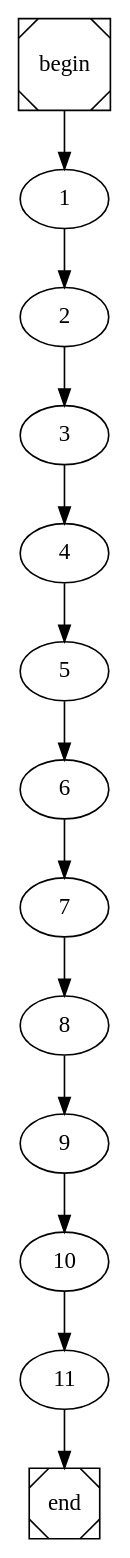
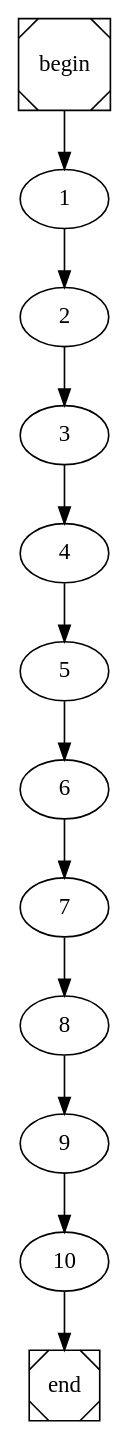
One commit to biam05/comp-feup changed the diagram in constInstr.dot. Above: the diagram before and after it, drawn with Graphviz. The commit also changed 6 other files, not shown here.

```diff
--- a/constInstr.dot
+++ b/constInstr.dot
@@ -1,4 +1,4 @@
 digraph cfg {
 	begin [shape=Msquare];
 	end [shape=Msquare];
-	begin -> 1;	1 -> 2;	2 -> 3;	3 -> 4;	4 -> 5;	5 -> 6;	6 -> 7;	7 -> 8;	8 -> 9;	9 -> 10;	10 -> 11;	11 -> end;}
+	begin -> 1;	1 -> 2;	2 -> 3;	3 -> 4;	4 -> 5;	5 -> 6;	6 -> 7;	7 -> 8;	8 -> 9;	9 -> 10;	10 -> end;}
```
